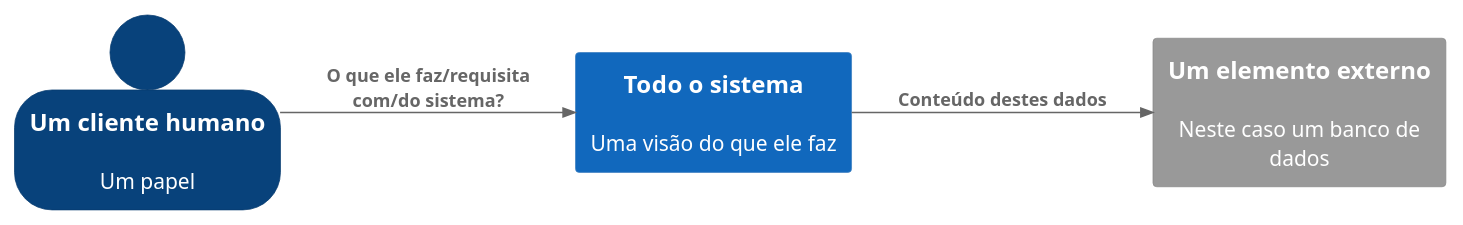
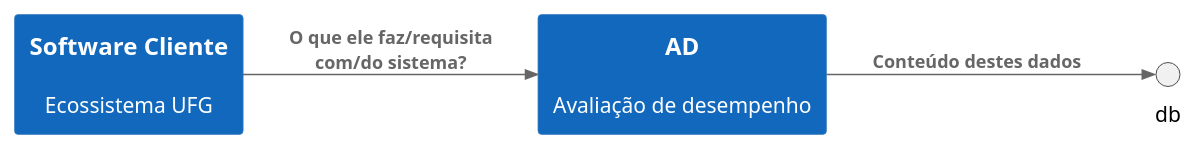
One commit to kyriosdata/docente-inf changed the diagram in documentacao/diagramas/c4-context.puml. Above: the diagram before and after it, drawn with PlantUML.

```diff
--- a/documentacao/diagramas/c4-context.puml
+++ b/documentacao/diagramas/c4-context.puml
@@ -1,19 +1,17 @@
 @startuml c4-contexto-original
 
 !include https://raw.githubusercontent.com/plantuml-stdlib/C4-PlantUML/master/C4_Context.puml
 
 left to right direction
 
 HIDE_STEREOTYPE()
 SHOW_PERSON_OUTLINE()
 
-System(docente, "Todo o sistema", "Uma visão do que ele faz")
+System(docente, "AD", "Avaliação de desempenho")
 
-Person(usuario, "Um cliente humano", "Um papel")
-
-System_Ext(db, "Um elemento externo", "Neste caso um banco de dados")
+System(usuario, "Software Cliente", "Ecossistema UFG")
 
 Rel(usuario, docente, "O que ele faz/requisita com/do sistema?", "")
 Rel_D(docente, db, "Conteúdo destes dados", "")
 
 @enduml
```
